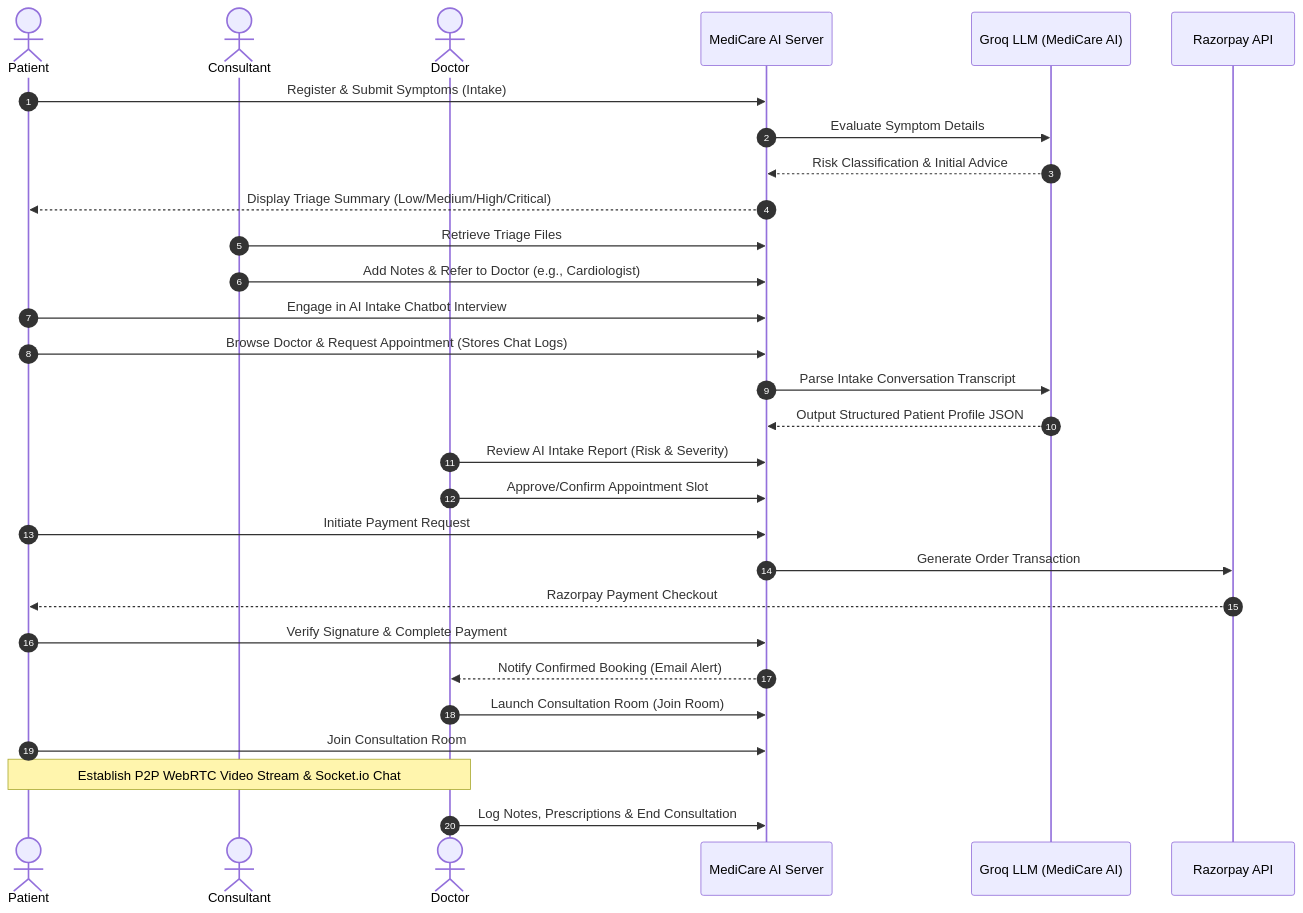
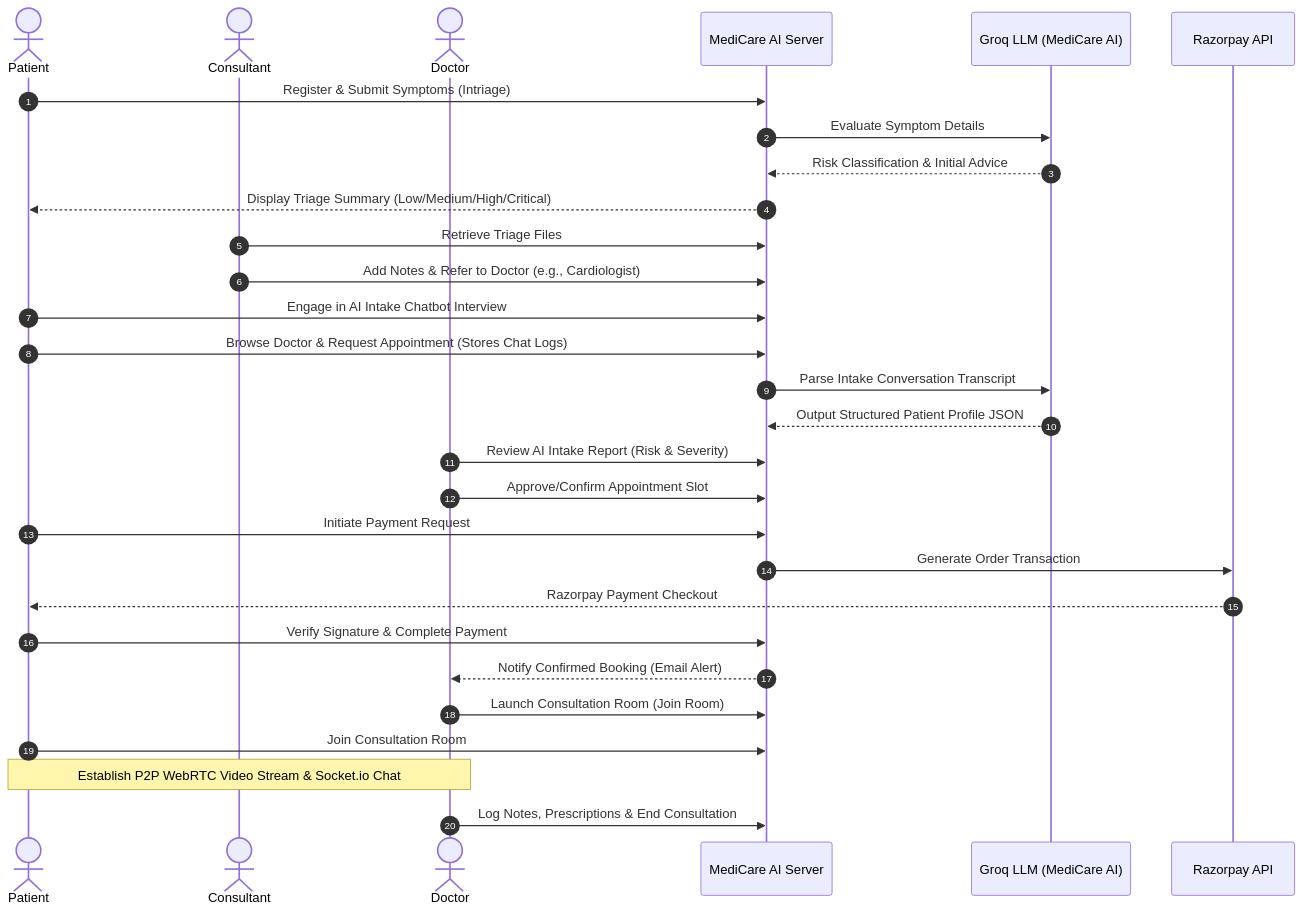
One commit to atharva635/MediCareAI changed the diagram in README.md. Above: the diagram before and after it, drawn with Mermaid. The commit also changed other lines of this file, not shown here.

````diff
--- a/README.md
+++ b/README.md
@@ -18,38 +20,38 @@
 ```mermaid
 sequenceDiagram
     autonumber
     actor Patient
     actor Consultant
     actor Doctor
     participant Server as MediCare AI Server
     participant AI as Groq LLM (MediCare AI)
     participant Payment as Razorpay API
 
-    Patient->>Server: Register & Submit Symptoms (Intake)
+    Patient->>Server: Register & Submit Symptoms (Intriage)
     Server->>AI: Evaluate Symptom Details
     AI-->>Server: Risk Classification & Initial Advice
     Server-->>Patient: Display Triage Summary (Low/Medium/High/Critical)
     
     Consultant->>Server: Retrieve Triage Files
     Consultant->>Server: Add Notes & Refer to Doctor (e.g., Cardiologist)
     
     Patient->>Server: Engage in AI Intake Chatbot Interview
     Patient->>Server: Browse Doctor & Request Appointment (Stores Chat Logs)
     Server->>AI: Parse Intake Conversation Transcript
     AI-->>Server: Output Structured Patient Profile JSON
     
     Doctor->>Server: Review AI Intake Report (Risk & Severity)
     Doctor->>Server: Approve/Confirm Appointment Slot
     
     Patient->>Server: Initiate Payment Request
     Server->>Payment: Generate Order Transaction
     Payment-->>Patient: Razorpay Payment Checkout
     Patient->>Server: Verify Signature & Complete Payment
     Server-->>Doctor: Notify Confirmed Booking (Email Alert)
     
     Doctor->>Server: Launch Consultation Room (Join Room)
     Patient->>Server: Join Consultation Room
     Note over Patient, Doctor: Establish P2P WebRTC Video Stream & Socket.io Chat
     
     Doctor->>Server: Log Notes, Prescriptions & End Consultation
 ```
````
